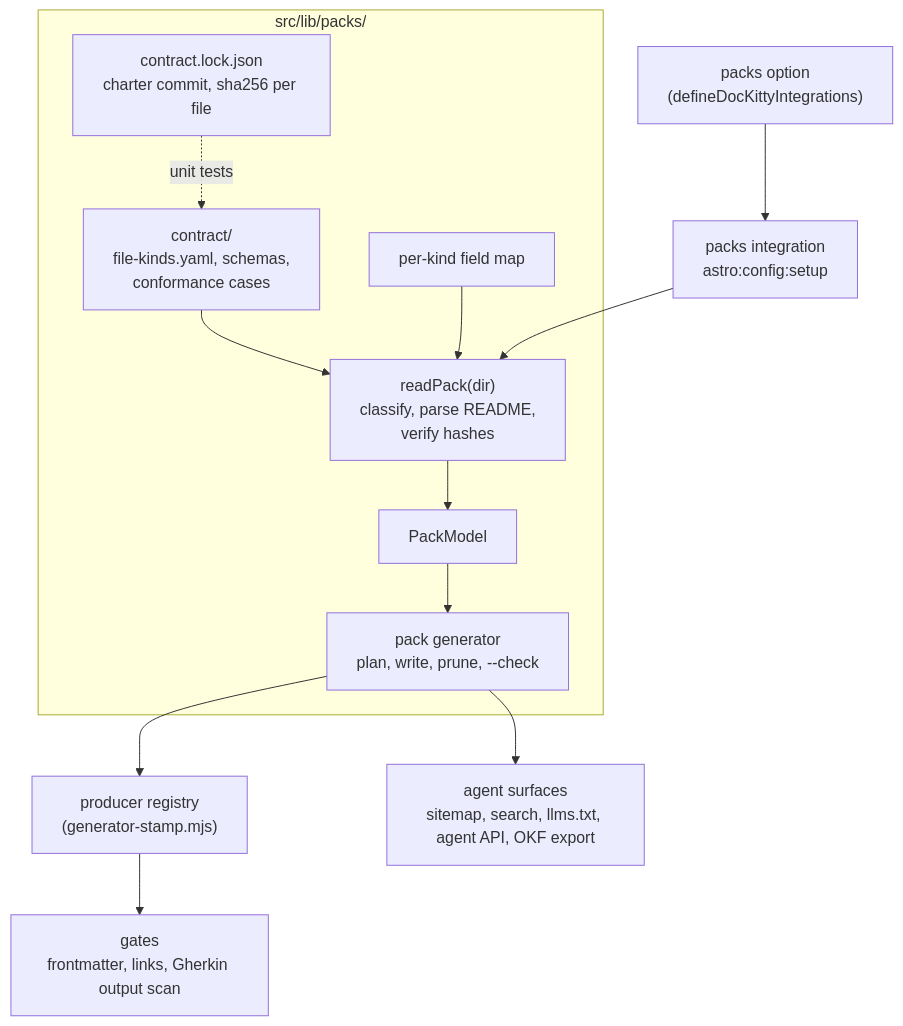
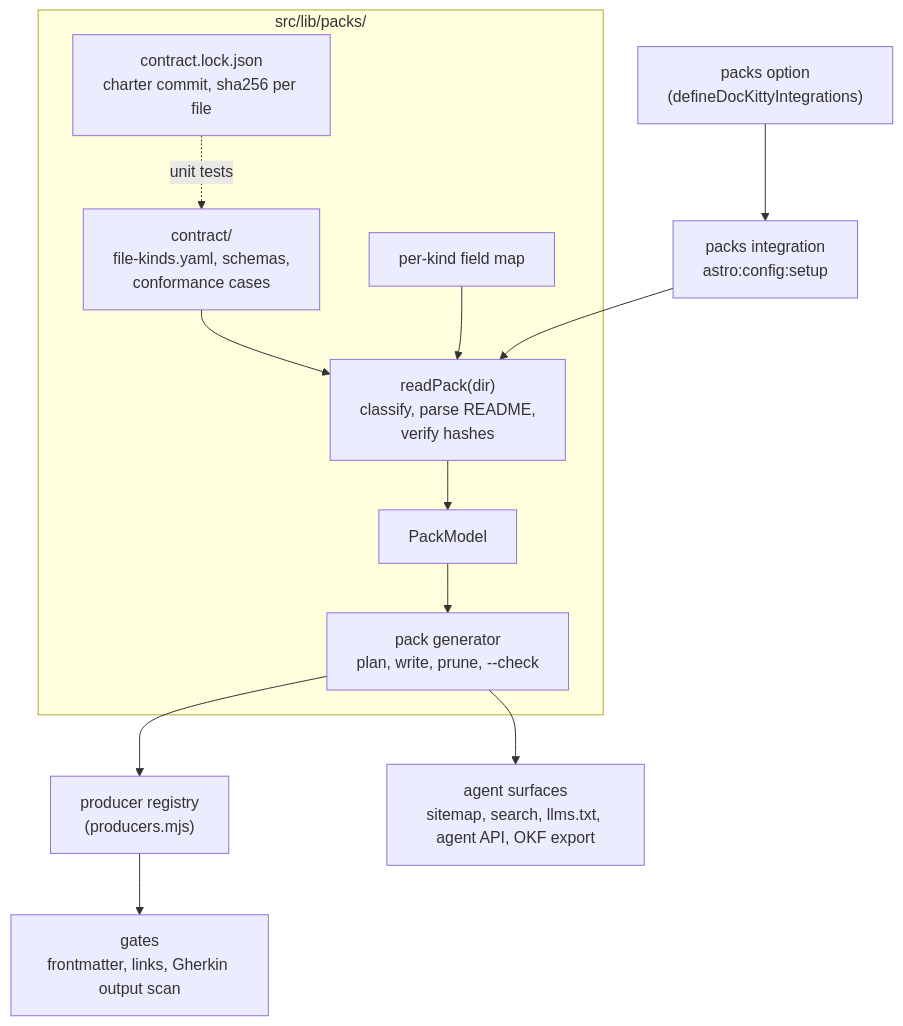
The second of 4 diagrams in docs/architecture/packs.md (spec-kitty/doc-kitty), drawn with Mermaid before and after one commit. The commit also changed other lines of this file and 1 other file, not shown here.

````diff
--- a/docs/architecture/packs.md
+++ b/docs/architecture/packs.md
@@ -86,26 +86,26 @@
 ```mermaid
 flowchart TB
   subgraph packs["src/lib/packs/"]
     SNAP["contract/<br/>file-kinds.yaml, schemas,<br/>conformance cases"]
     CLOCK["contract.lock.json<br/>charter commit, sha256 per file"]
     READ["readPack(dir)<br/>classify, parse README,<br/>verify hashes"]
     FIELDS["per-kind field map"]
     MODEL["PackModel"]
     GEN["pack generator<br/>plan, write, prune, --check"]
   end
   CFG["packs option<br/>(defineDocKittyIntegrations)"]
   INT["packs integration<br/>astro:config:setup"]
-  REG["producer registry<br/>(generator-stamp.mjs)"]
+  REG["producer registry<br/>(producers.mjs)"]
   GATES["gates<br/>frontmatter, links, Gherkin output scan"]
   SURF["agent surfaces<br/>sitemap, search, llms.txt, agent API, OKF export"]
   SNAP --> READ
   CLOCK -.->|"unit tests"| SNAP
   FIELDS --> READ
   CFG --> INT
   INT --> READ
   READ --> MODEL
   MODEL --> GEN
   GEN --> REG
   REG --> GATES
   GEN --> SURF
 ```
````
